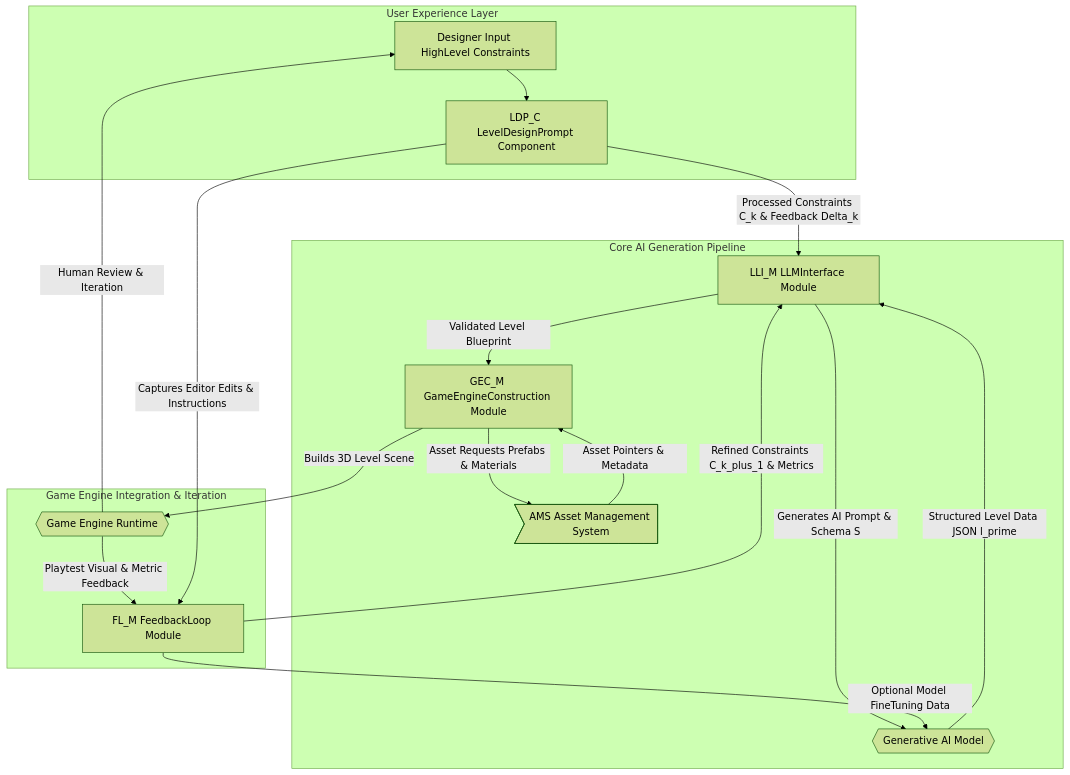
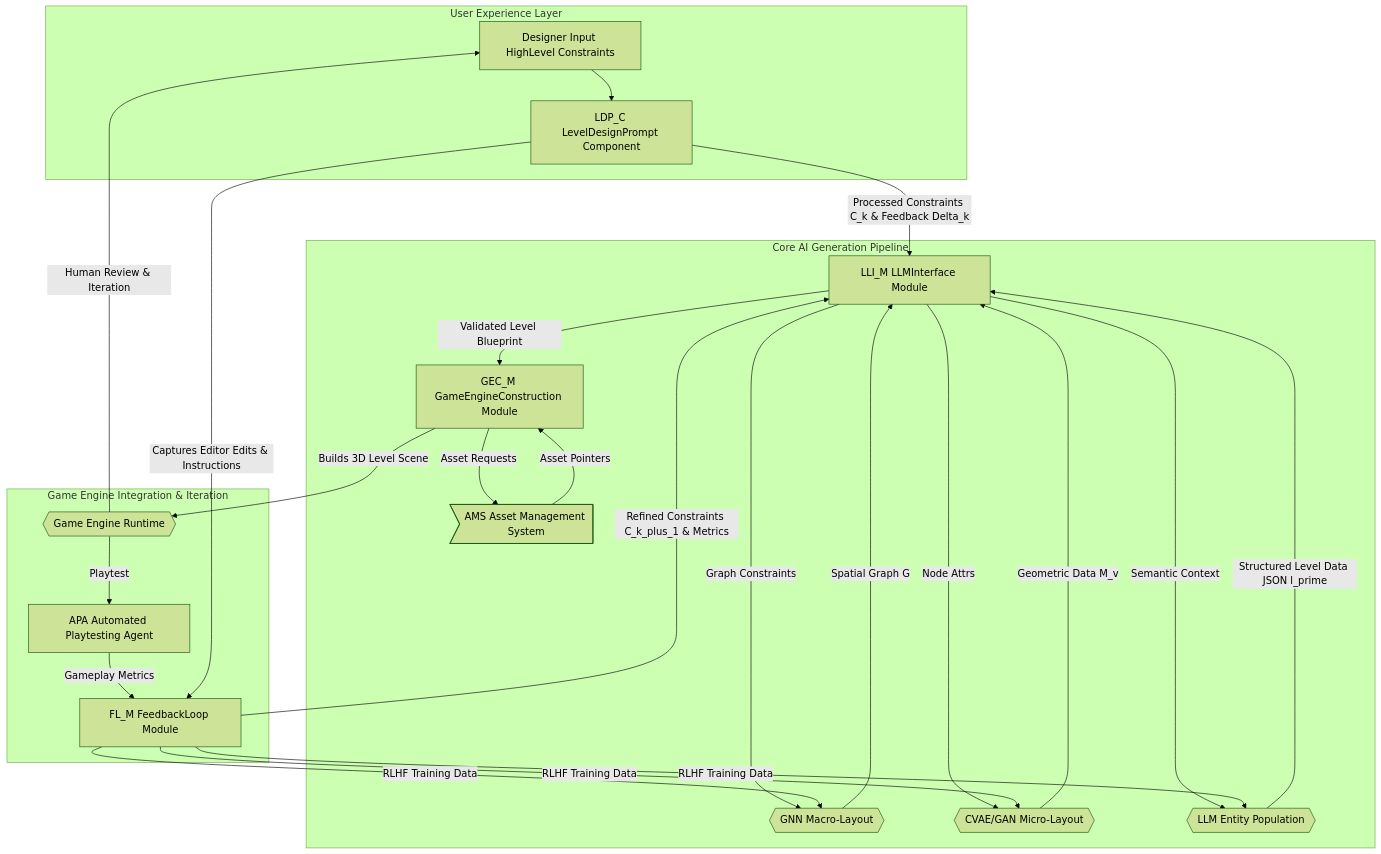
Before and after one commit to diplomat-bit/Citibank_Demo_Business_Inc_Demonstration-: the first of 8 diagrams in inventions/086_automated_game_level_design.md, drawn with Mermaid (forest theme). The commit also changed other lines of this file, not shown here.

Commit message:
[AI] Edit: inventions/086_automated_game_level_design.md

````diff
--- a/inventions/086_automated_game_level_design.md
+++ b/inventions/086_automated_game_level_design.md
@@ -132,25 +119,30 @@
 ```mermaid
 graph TD
     subgraph User Experience Layer
         A[Designer Input HighLevel Constraints] --> LDP_C[LDP_C LevelDesignPrompt Component]
     end
 
     subgraph Core AI Generation Pipeline
         LDP_C -- Processed Constraints C_k & Feedback Delta_k --> LLI_M[LLI_M LLMInterface Module]
-        LLI_M -- Generates AI Prompt & Schema S --> GenAI{{Generative AI Model}}
-        GenAI -- Structured Level Data JSON l_prime --> LLI_M
+        LLI_M -- Graph Constraints --> GNN{{GNN Macro-Layout}}
+        GNN -- Spatial Graph G --> LLI_M
+        LLI_M -- Node Attrs --> CVAE{{CVAE/GAN Micro-Layout}}
+        CVAE -- Geometric Data M_v --> LLI_M
+        LLI_M -- Semantic Context --> LLM{{LLM Entity Population}}
+        LLM -- Structured Level Data JSON l_prime --> LLI_M
         LLI_M -- Validated Level Blueprint --> GEC_M[GEC_M GameEngineConstruction Module]
-        GEC_M -- Asset Requests Prefabs & Materials --> AMS>AMS Asset Management System]
-        AMS -- Asset Pointers & Metadata --> GEC_M
+        GEC_M -- Asset Requests --> AMS>AMS Asset Management System]
+        AMS -- Asset Pointers --> GEC_M
     end
 
     subgraph Game Engine Integration & Iteration
         GEC_M -- Builds 3D Level Scene --> GE{{Game Engine Runtime}}
-        GE -- Playtest Visual & Metric Feedback --> FL_M[FL_M FeedbackLoop Module]
+        GE -- Playtest --> APA[APA Automated Playtesting Agent]
+        APA -- Gameplay Metrics --> FL_M[FL_M FeedbackLoop Module]
         LDP_C -- Captures Editor Edits & Instructions --> FL_M
         FL_M -- Refined Constraints C_k_plus_1 & Metrics --> LLI_M
-        FL_M -- Optional Model FineTuning Data --> GenAI
+        FL_M -- RLHF Training Data --> GNN & CVAE & LLM
     end
 
     GE -- Human Review & Iteration --> A
 ```
````
